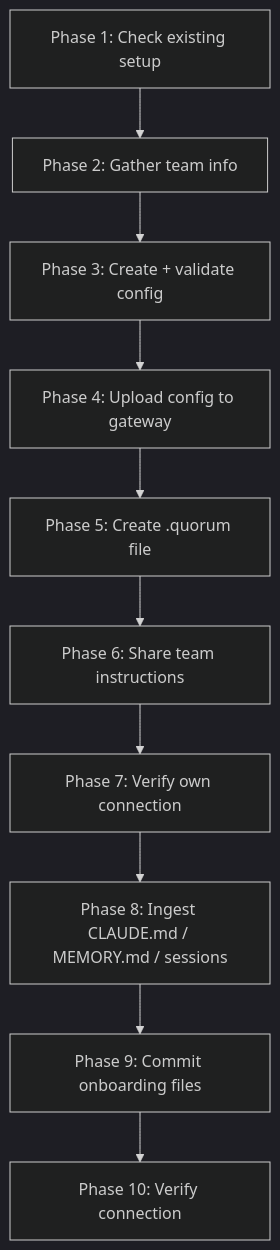
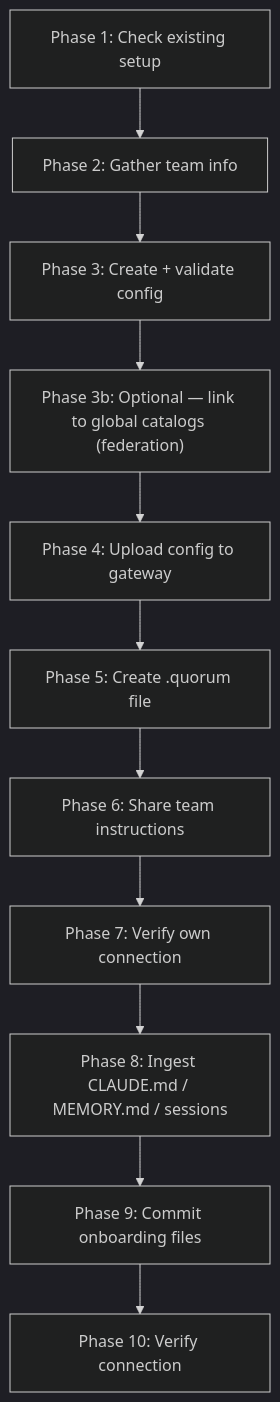
The diagram in skill/references/onboarding.md (ayansasmal/quorum-mcp), drawn with Mermaid (dark theme) before and after one commit. The commit also changed other lines of this file and 2 other files, not shown here.

First line of the commit message:
docs(skill): fix reflect params, add portfolio and federation guidance

````diff
--- a/skill/references/onboarding.md
+++ b/skill/references/onboarding.md
@@ -328,12 +417,13 @@
 ```mermaid
 flowchart TD
     P1[Phase 1: Check existing setup] --> P2[Phase 2: Gather team info]
     P2 --> P3[Phase 3: Create + validate config]
-    P3 --> P4[Phase 4: Upload config to gateway]
+    P3 --> P3b["Phase 3b: Optional — link to global catalogs (federation)"]
+    P3b --> P4[Phase 4: Upload config to gateway]
     P4 --> P5[Phase 5: Create .quorum file]
     P5 --> P6[Phase 6: Share team instructions]
     P6 --> P7[Phase 7: Verify own connection]
     P7 --> P8[Phase 8: Ingest CLAUDE.md / MEMORY.md / sessions]
     P8 --> P9[Phase 9: Commit onboarding files]
     P9 --> P10[Phase 10: Verify connection]
 ```
````
